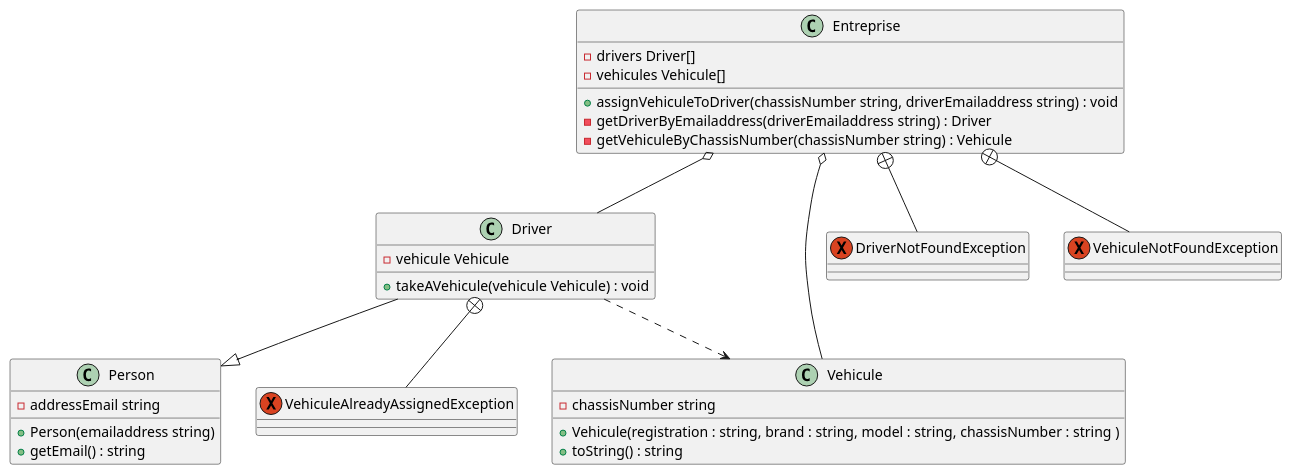
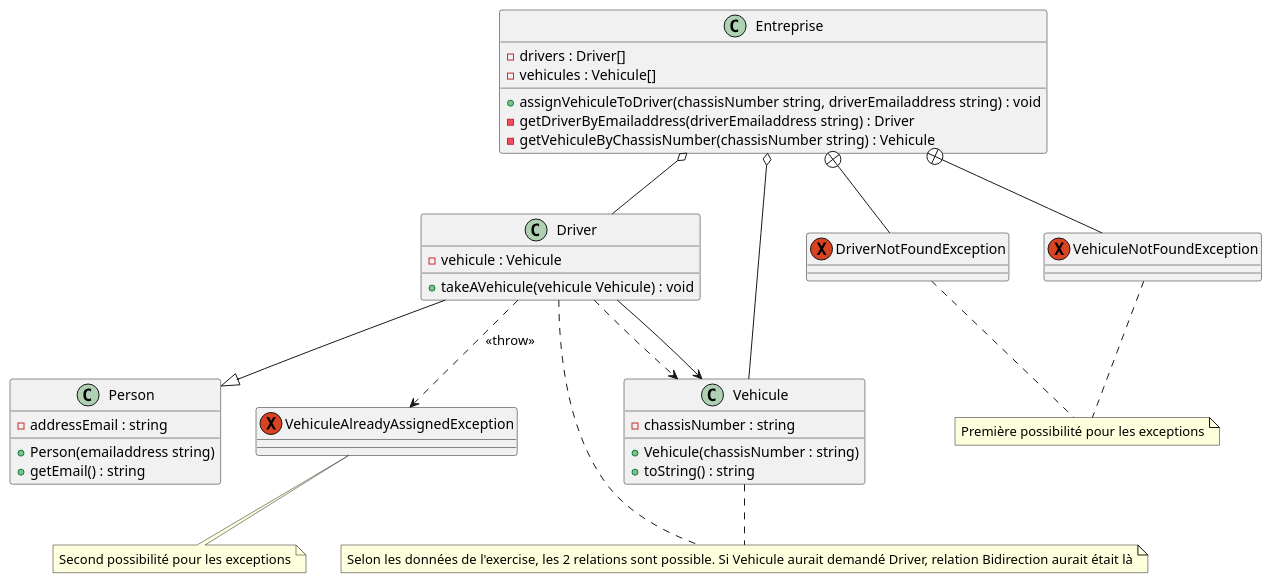
Before and after one commit to NathanChauveau/SequenceToCode: the diagram in docs/diagramClass corrigé.wsd, drawn with PlantUML. The commit also changed 2 other files, not shown here.

Commit message:
modify some stuffs and redo Entreprise into PHP for testing purpose

```diff
--- a/docs/diagramClass corrigé.wsd
+++ b/docs/diagramClass corrigé.wsd
@@ -1,36 +1,46 @@
 @startuml
 class Entreprise
 class Driver
 class Person
 class Vehicule
 exception DriverNotFoundException 
 exception VehiculeNotFoundException
 exception VehiculeAlreadyAssignedException
 
-Entreprise : - drivers Driver[]
-Entreprise : - vehicules Vehicule[]
+Entreprise : -drivers : Driver[]
+Entreprise : -vehicules : Vehicule[]
 Entreprise : +assignVehiculeToDriver(chassisNumber string, driverEmailaddress string) : void
 Entreprise : -getDriverByEmailaddress(driverEmailaddress string) : Driver
 Entreprise : -getVehiculeByChassisNumber(chassisNumber string) : Vehicule
 
-Driver : - vehicule Vehicule
+Driver : -vehicule : Vehicule
 Driver : +takeAVehicule(vehicule Vehicule) : void
 
-Person : - addressEmail string
+Person : -addressEmail : string
 Person : +Person(emailaddress string)
 Person : +getEmail() : string
 
-Vehicule : +Vehicule(registration : string, brand : string, model : string, chassisNumber : string )
+Vehicule : +Vehicule(chassisNumber : string)
 Vehicule : +toString() : string
-Vehicule : - chassisNumber string 
-
+Vehicule : -chassisNumber : string 
+ 
 
 Entreprise o-- Driver
 Entreprise o-- Vehicule
 Driver --|> Person
-Driver ..> Vehicule
 Entreprise +-- DriverNotFoundException 
 Entreprise +-- VehiculeNotFoundException 
-Driver +-- VehiculeAlreadyAssignedException 
+Driver ..> Vehicule
+Driver --> Vehicule
+Driver ..> VehiculeAlreadyAssignedException : << throw >> 
+
+note "Première possibilité pour les exceptions" as N1
+note "Second possibilité pour les exceptions" as N2
+note "Selon les données de l'exercise, les 2 relations sont possible. Si Vehicule aurait demandé Driver, relation Bidirection aurait était là" as N3
+Driver .. N3
+Vehicule .. N3
+DriverNotFoundException .. N1
+VehiculeNotFoundException .. N1
+VehiculeAlreadyAssignedException .. N2
 
 @enduml
```
